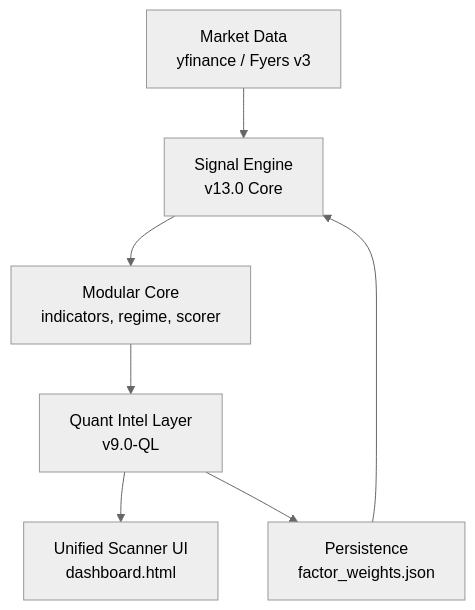
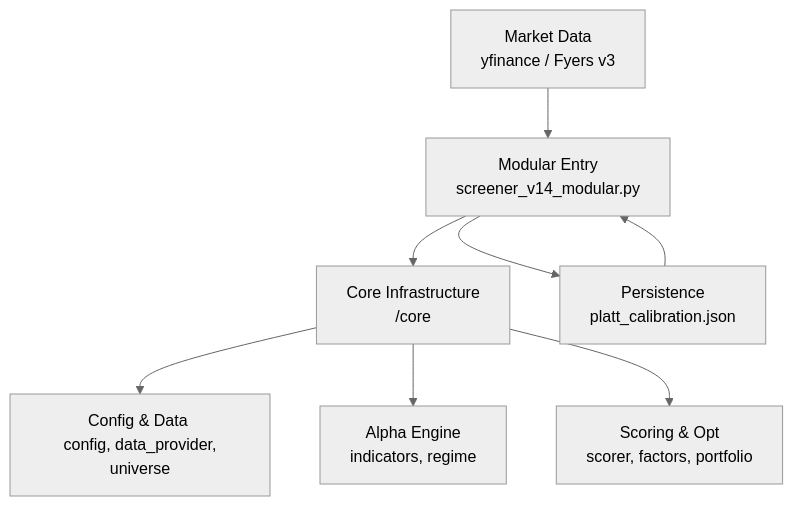
The diagram in README.md (jpechetty-debug/tradingscript), drawn with Mermaid (neutral theme) before and after one commit. The commit also changed other lines of this file and 11 other files, not shown here.

Commit message:
Deploy Sovereign Engine v14.0 Modular - Full architecture refactor

````diff
--- a/README.md
+++ b/README.md
@@ -14,10 +14,11 @@
 ```mermaid
 graph TD
-    A[Market Data <br/> yfinance / Fyers v3] --> B[Signal Engine <br/> v13.0 Core]
-    B --> C[Modular Core <br/> indicators, regime, scorer]
-    C --> D[Quant Intel Layer <br/> v9.0-QL]
-    D --> E[Unified Scanner UI <br/> dashboard.html]
+    A[Market Data <br/> yfinance / Fyers v3] --> B[Modular Entry <br/> screener_v14_modular.py]
+    B --> C[Core Infrastructure <br/> /core]
+    C --> D[Config & Data <br/> config, data_provider, universe]
+    C --> E[Alpha Engine <br/> indicators, regime]
+    C --> F[Scoring & Opt <br/> scorer, factors, portfolio]
     
-    D --> F[Persistence <br/> factor_weights.json]
-    F --> B
+    B --> G[Persistence <br/> platt_calibration.json]
+    G --> B
 ```
````
